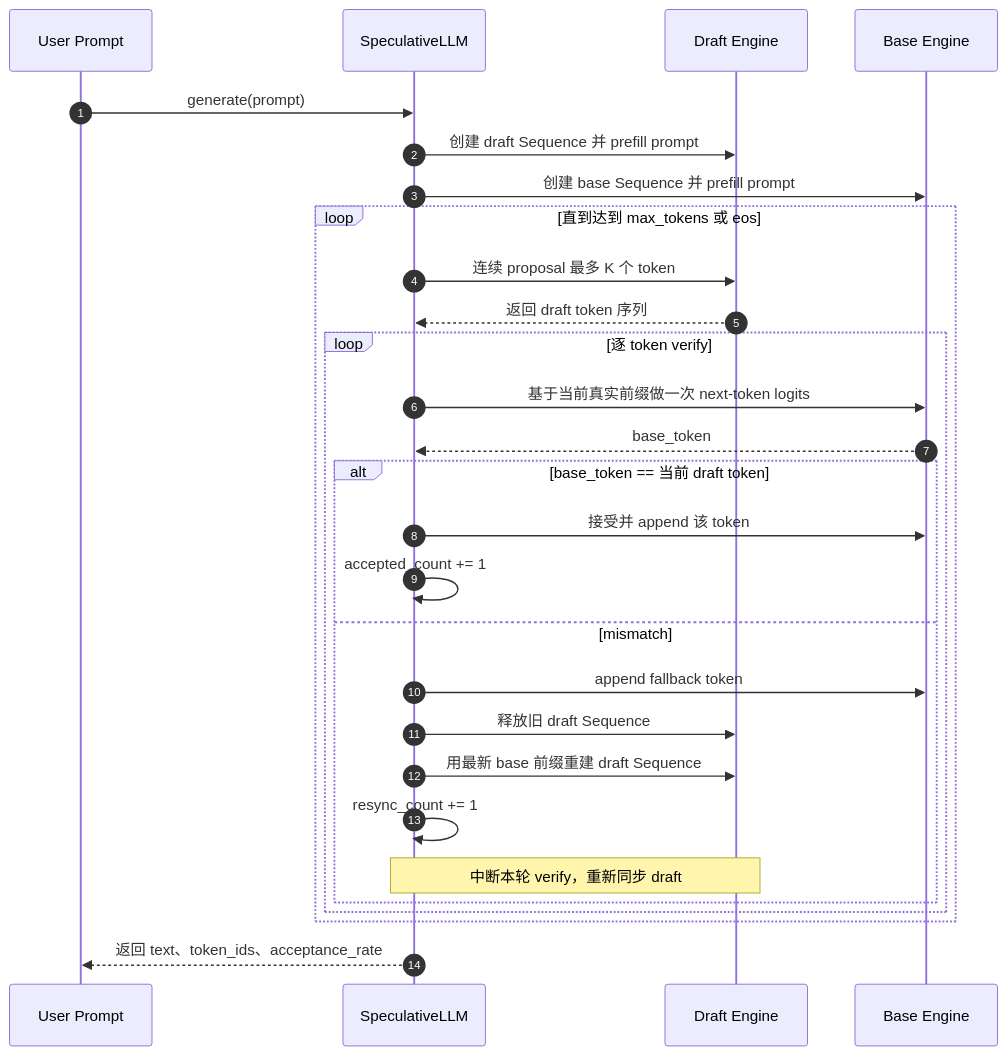
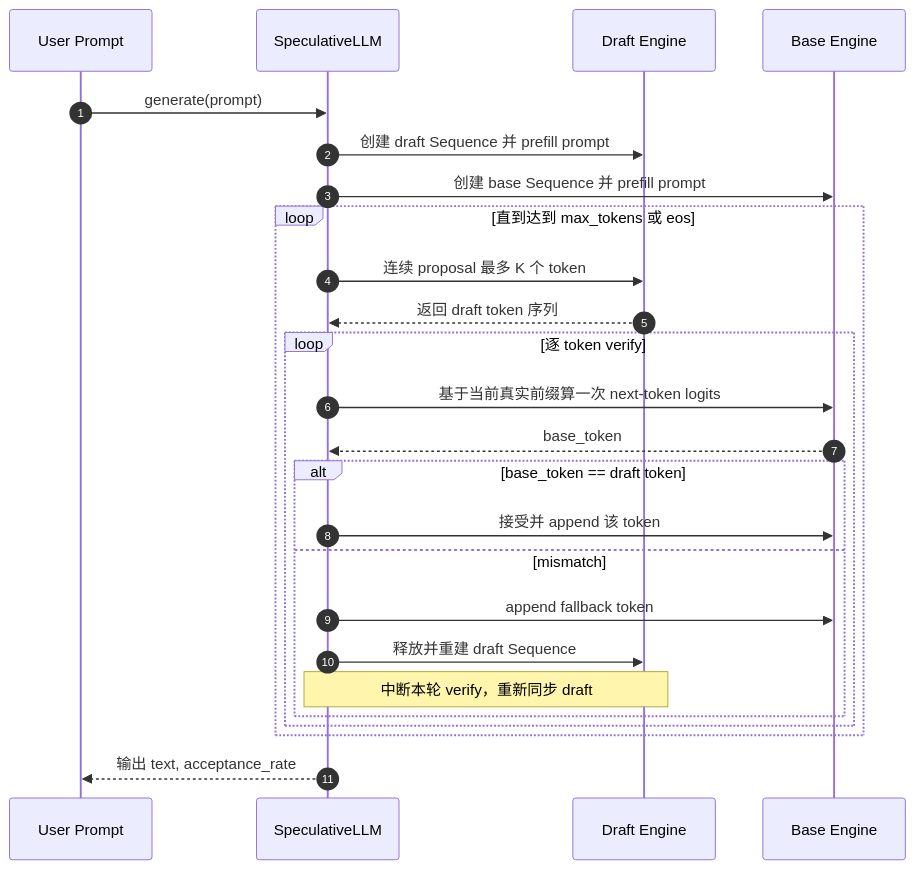
The first of 4 diagrams in speculative_decoding/SD方案设计.md (SnowLegend-star/nano-vllm), drawn with Mermaid before and after one commit. The commit also changed other lines of this file and 6 other files, not shown here.

````diff
--- a/speculative_decoding/SD方案设计.md
+++ b/speculative_decoding/SD方案设计.md
@@ -358,35 +98,31 @@
 ```mermaid
 sequenceDiagram
     autonumber
     participant U as User Prompt
     participant S as SpeculativeLLM
     participant D as Draft Engine
     participant B as Base Engine
 
     U->>S: generate(prompt)
     S->>D: 创建 draft Sequence 并 prefill prompt
     S->>B: 创建 base Sequence 并 prefill prompt
 
     loop 直到达到 max_tokens 或 eos
         S->>D: 连续 proposal 最多 K 个 token
         D-->>S: 返回 draft token 序列
 
         loop 逐 token verify
-            S->>B: 基于当前真实前缀做一次 next-token logits
+            S->>B: 基于当前真实前缀算一次 next-token logits
             B-->>S: base_token
-
-            alt base_token == 当前 draft token
+            alt base_token == draft token
                 S->>B: 接受并 append 该 token
-                S->>S: accepted_count += 1
             else mismatch
                 S->>B: append fallback token
-                S->>D: 释放旧 draft Sequence
-                S->>D: 用最新 base 前缀重建 draft Sequence
-                S->>S: resync_count += 1
+                S->>D: 释放并重建 draft Sequence
                 Note over S,D: 中断本轮 verify，重新同步 draft
             end
         end
     end
 
-    S-->>U: 返回 text、token_ids、acceptance_rate
+    S-->>U: 输出 text, acceptance_rate
 ```
````
